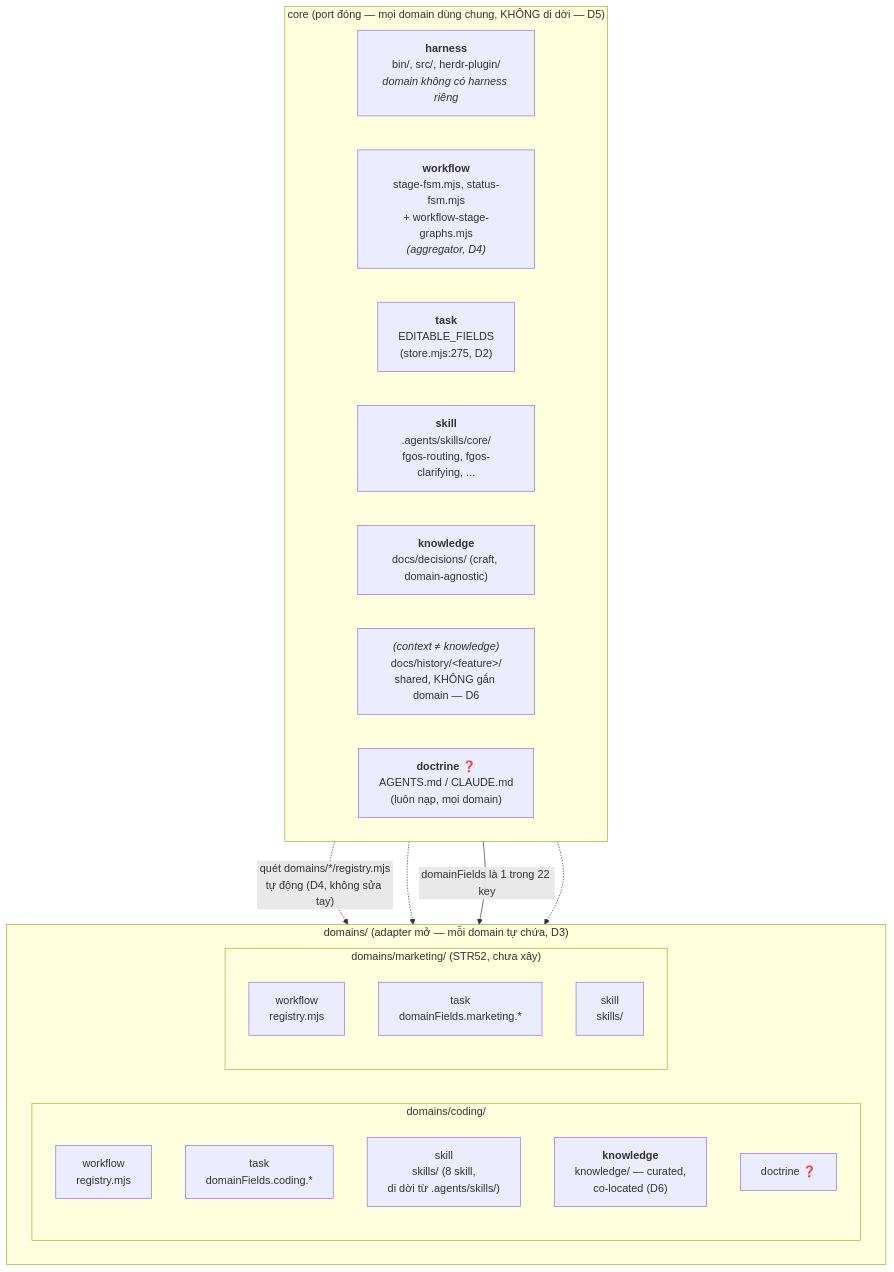
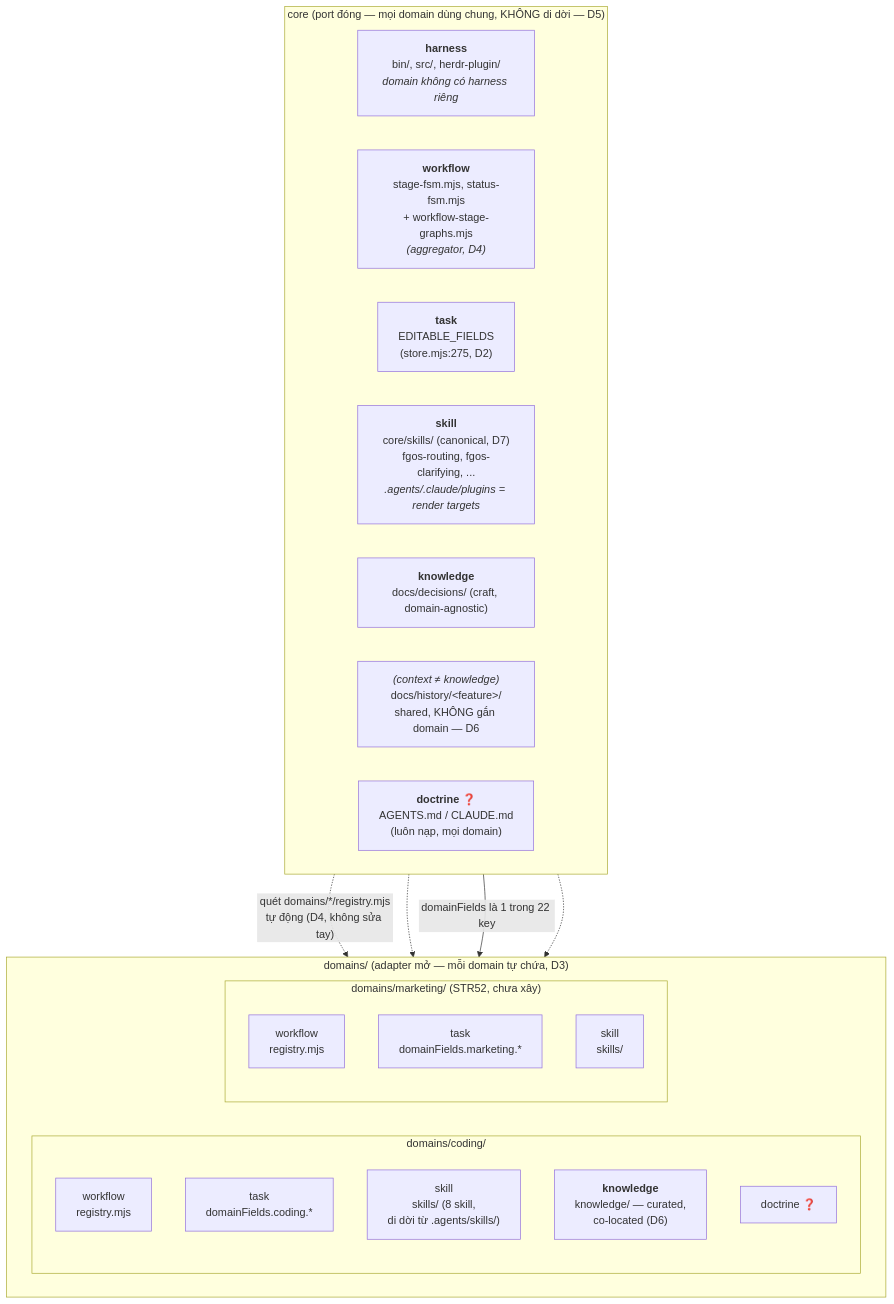
The diagram in docs/history/core-foundation-domain-boundary/DISCUSSION.md (vantt/forgent), drawn with Mermaid before and after one commit. The commit also changed other lines of this file, not shown here.

Commit message:
docs(tsk-397): lock D7 -- canonical skill authoring moves to core/skills+domains/*/skills, three trees become render targets

````diff
--- a/docs/history/core-foundation-domain-boundary/DISCUSSION.md
+++ b/docs/history/core-foundation-domain-boundary/DISCUSSION.md
@@ -294,36 +309,36 @@
 ```mermaid
 flowchart TB
     subgraph CORE["core (port đóng — mọi domain dùng chung, KHÔNG di dời — D5)"]
         direction LR
         harness_core["<b>harness</b><br/>bin/, src/, herdr-plugin/<br/><i>domain không có harness riêng</i>"]
         workflow_core["<b>workflow</b><br/>stage-fsm.mjs, status-fsm.mjs<br/>+ workflow-stage-graphs.mjs<br/><i>(aggregator, D4)</i>"]
         task_core["<b>task</b><br/>EDITABLE_FIELDS<br/>(store.mjs:275, D2)"]
-        skill_core["<b>skill</b><br/>.agents/skills/core/<br/>fgos-routing, fgos-clarifying, ..."]
+        skill_core["<b>skill</b><br/>core/skills/ (canonical, D7)<br/>fgos-routing, fgos-clarifying, ...<br/><i>.agents/.claude/plugins = render targets</i>"]
         knowledge_core["<b>knowledge</b><br/>docs/decisions/ (craft, domain-agnostic)"]
         context_core["<i>(context ≠ knowledge)</i><br/>docs/history/&lt;feature&gt;/<br/>shared, KHÔNG gắn domain — D6"]
         doctrine_core["<b>doctrine</b> ❓<br/>AGENTS.md / CLAUDE.md<br/>(luôn nạp, mọi domain)"]
     end
 
     subgraph DOMAINS["domains/ (adapter mở — mỗi domain tự chứa, D3)"]
         direction LR
         subgraph CODING["domains/coding/"]
             direction TB
             wf_c["workflow<br/>registry.mjs"]
             tk_c["task<br/>domainFields.coding.*"]
             sk_c["skill<br/>skills/ (8 skill,<br/>di dời từ .agents/skills/)"]
             kn_c["<b>knowledge</b><br/>knowledge/ — curated,<br/>co-located (D6)"]
             dc_c["doctrine ❓"]
         end
         subgraph MARKETING["domains/marketing/ (STR52, chưa xây)"]
             direction TB
             wf_m["workflow<br/>registry.mjs"]
             tk_m["task<br/>domainFields.marketing.*"]
             sk_m["skill<br/>skills/"]
         end
     end
 
     workflow_core -. "quét domains/*/registry.mjs<br/>tự động (D4, không sửa tay)" .-> wf_c
     workflow_core -.-> wf_m
     task_core -- "domainFields là 1 trong 22 key" --> tk_c
     task_core -.-> tk_m
 ```
````
